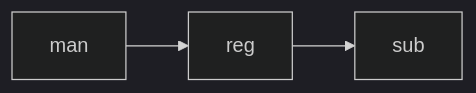
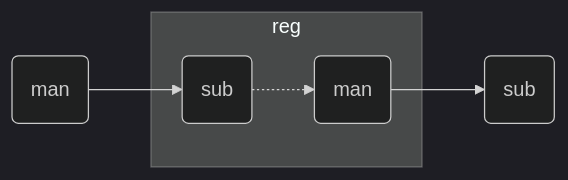
The fourth of 6 diagrams in doc/TCB.md (jeras/TCB), drawn with Mermaid (dark theme) before and after one commit. The commit also changed other lines of this file, not shown here.

Commit message:
DOC: attempt to make a markdown mermaid subgraph

````diff
--- a/doc/TCB.md
+++ b/doc/TCB.md
@@ -177,4 +186,8 @@
 ```mermaid
 flowchart LR
-    man --> reg --> sub
+    tcb_man(man) --> tcb_reg_sub
+    subgraph tcb_reg[reg]
+        tcb_reg_sub(sub) -.-> tcb_reg_man(man)
+    end
+    tcb_reg_man --> tcb_sub(sub)
 ```
````
